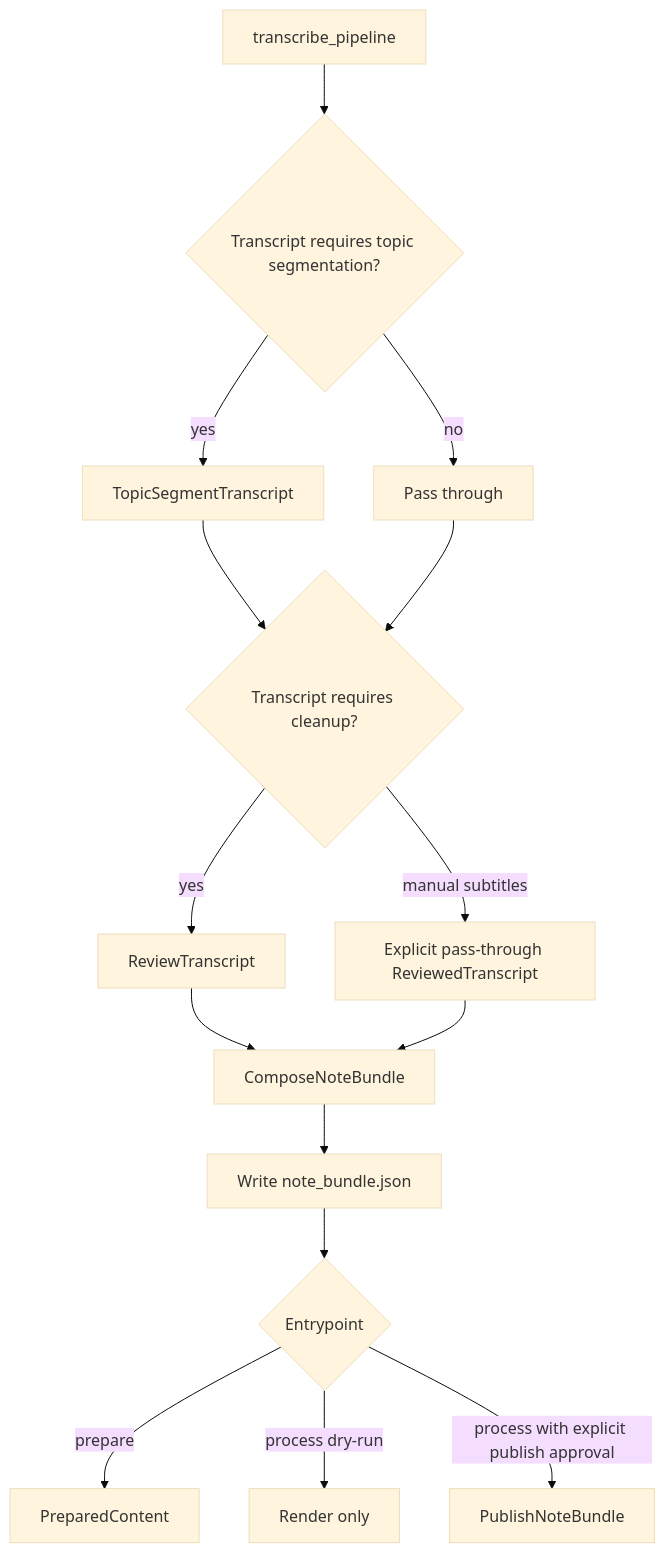
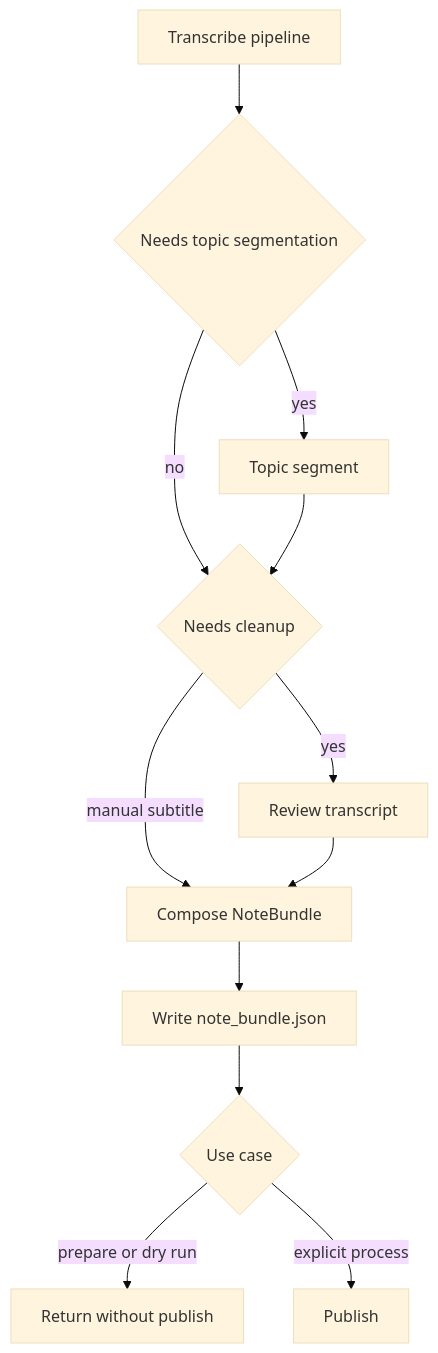
The fifth of 9 diagrams in docs/typed-pipeline-architecture.md (apue/yt2notion), drawn with Mermaid (base theme) before and after one commit. The commit also changed other lines of this file and 1 other file, not shown here.

First line of the commit message:
docs: refocus typed pipeline architecture

````diff
--- a/docs/typed-pipeline-architecture.md
+++ b/docs/typed-pipeline-architecture.md
@@ -322,17 +214,14 @@
 ```mermaid
 flowchart TD
-    T[transcribe_pipeline] --> TS{Transcript requires topic segmentation?}
-    TS -->|yes| SG[TopicSegmentTranscript]
-    TS -->|no| PT[Pass through]
-    SG --> CL{Transcript requires cleanup?}
-    PT --> CL
-    CL -->|yes| RV[ReviewTranscript]
-    CL -->|manual subtitles| RP[Explicit pass-through ReviewedTranscript]
-    RV --> NB[ComposeNoteBundle]
-    RP --> NB
-    NB --> SAVE[Write note_bundle.json]
-    SAVE --> MODE{Entrypoint}
-    MODE -->|prepare| OUT[PreparedContent]
-    MODE -->|process dry-run| RENDER[Render only]
-    MODE -->|process with explicit publish approval| PUB[PublishNoteBundle]
+    T[Transcribe pipeline] --> TOPIC{Needs topic segmentation}
+    TOPIC -->|yes| SEG[Topic segment]
+    TOPIC -->|no| REVIEW
+    SEG --> REVIEW{Needs cleanup}
+    REVIEW -->|yes| CLEAN[Review transcript]
+    REVIEW -->|manual subtitle| COMPOSE[Compose NoteBundle]
+    CLEAN --> COMPOSE
+    COMPOSE --> SAVE[Write note_bundle.json]
+    SAVE --> MODE{Use case}
+    MODE -->|prepare or dry run| RETURN[Return without publish]
+    MODE -->|explicit process| PUBLISH[Publish]
 ```
````
